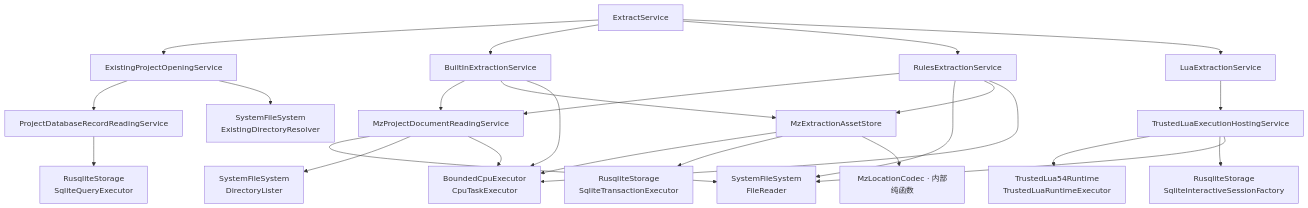
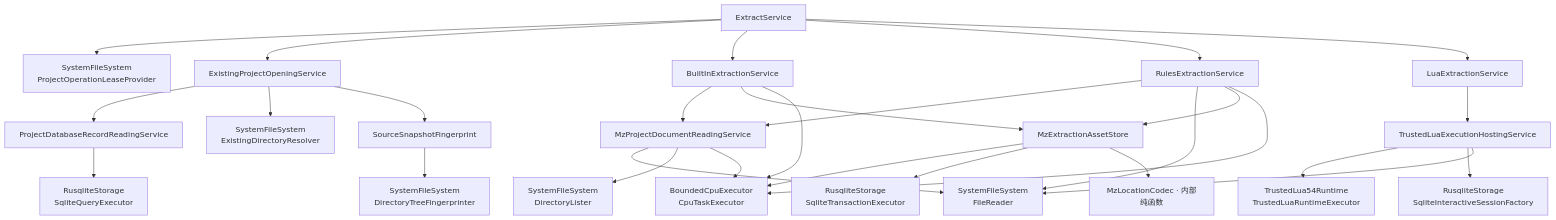
One commit to OYcedar/att-mz changed the diagram in docs/specs/mz-extraction.md. Above: the diagram before and after it, drawn with Mermaid. The commit also changed other lines of this file and 67 other files, not shown here.

````diff
--- a/docs/specs/mz-extraction.md
+++ b/docs/specs/mz-extraction.md
@@ -293,31 +308,34 @@
 ```mermaid
 flowchart TD
+    ES["ExtractService"] --> LEASE["SystemFileSystem<br/>ProjectOperationLeaseProvider"]
     ES["ExtractService"] --> OS["ExistingProjectOpeningService"]
     ES --> BS["BuiltInExtractionService"]
     ES --> RS["RulesExtractionService"]
     ES --> LS["LuaExtractionService"]
 
     OS --> PR["ProjectDatabaseRecordReadingService"]
     OS --> EDR["SystemFileSystem<br/>ExistingDirectoryResolver"]
+    OS --> FP["SourceSnapshotFingerprint"]
+    FP --> FPFS["SystemFileSystem<br/>DirectoryTreeFingerprinter"]
     PR --> SQ["RusqliteStorage<br/>SqliteQueryExecutor"]
 
     BS --> DR["MzProjectDocumentReadingService"]
     RS --> DR
     RS --> FR["SystemFileSystem<br/>FileReader"]
     DR --> FR
     DR --> DL["SystemFileSystem<br/>DirectoryLister"]
     DR --> CPU["BoundedCpuExecutor<br/>CpuTaskExecutor"]
 
     BS --> STORE["MzExtractionAssetStore"]
     RS --> STORE
     BS --> CPU
     RS --> CPU
     STORE --> CPU
     STORE --> ST["RusqliteStorage<br/>SqliteTransactionExecutor"]
     STORE --> LC["MzLocationCodec · 内部纯函数"]
 
     LS --> HOST["TrustedLuaExecutionHostingService"]
     HOST --> LUA["TrustedLua54Runtime<br/>TrustedLuaRuntimeExecutor"]
     HOST --> SESSION["RusqliteStorage<br/>SqliteInteractiveSessionFactory"]
     HOST --> FR
 ```
````
